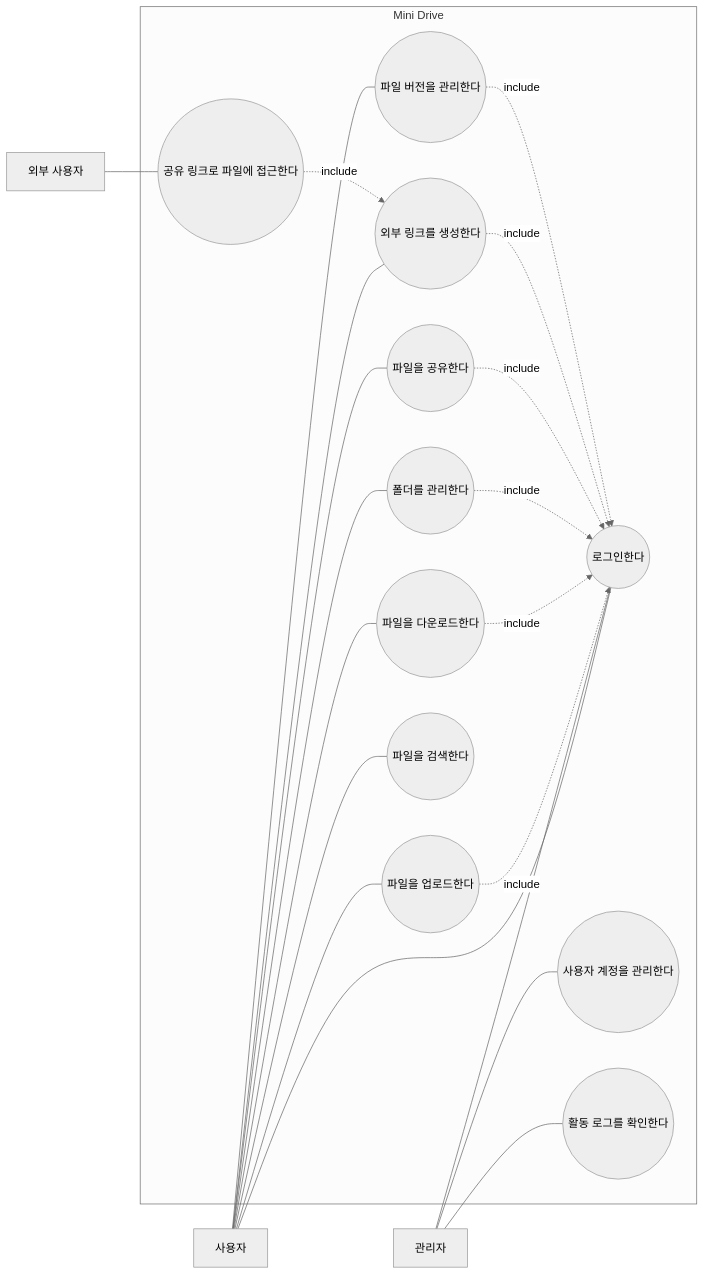
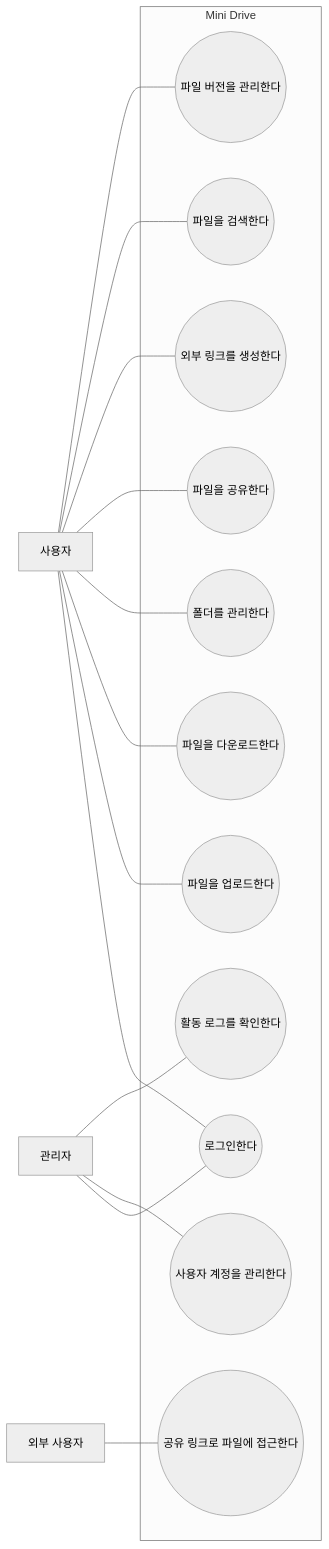
The first of 9 diagrams in doc/requirements_analysis.md (dlwodms3333/se), drawn with Mermaid (neutral theme) before and after one commit.

````diff
--- a/doc/requirements_analysis.md
+++ b/doc/requirements_analysis.md
@@ -95,43 +95,38 @@
 ```mermaid
 flowchart LR
-    User[사용자]
-    Admin[관리자]
-    External[외부 사용자]
+    사용자[사용자]
+    관리자[관리자]
+    외부사용자[외부 사용자]
 
-    subgraph System[Mini Drive]
+    subgraph MiniDrive[Mini Drive]
         UC01((로그인한다))
+
         UC02((파일을 업로드한다))
         UC03((파일을 다운로드한다))
         UC04((폴더를 관리한다))
         UC05((파일을 공유한다))
         UC06((외부 링크를 생성한다))
         UC07((파일을 검색한다))
         UC08((파일 버전을 관리한다))
+
         UC09((사용자 계정을 관리한다))
         UC10((활동 로그를 확인한다))
+
         UC11((공유 링크로 파일에 접근한다))
     end
 
-    User --- UC01
-    User --- UC02
-    User --- UC03
-    User --- UC04
-    User --- UC05
-    User --- UC06
-    User --- UC07
-    User --- UC08
+    사용자 --- UC01
+    사용자 --- UC02
+    사용자 --- UC03
+    사용자 --- UC04
+    사용자 --- UC05
+    사용자 --- UC06
+    사용자 --- UC07
+    사용자 --- UC08
 
-    Admin --- UC01
-    Admin --- UC09
-    Admin --- UC10
+    관리자 --- UC01
+    관리자 --- UC09
+    관리자 --- UC10
 
-    External --- UC11
-
-    UC02 -.include.-> UC01
-    UC03 -.include.-> UC01
-    UC04 -.include.-> UC01
-    UC05 -.include.-> UC01
-    UC06 -.include.-> UC01
-    UC08 -.include.-> UC01
-    UC11 -.include.-> UC06
+    외부사용자 --- UC11
 ```
````
